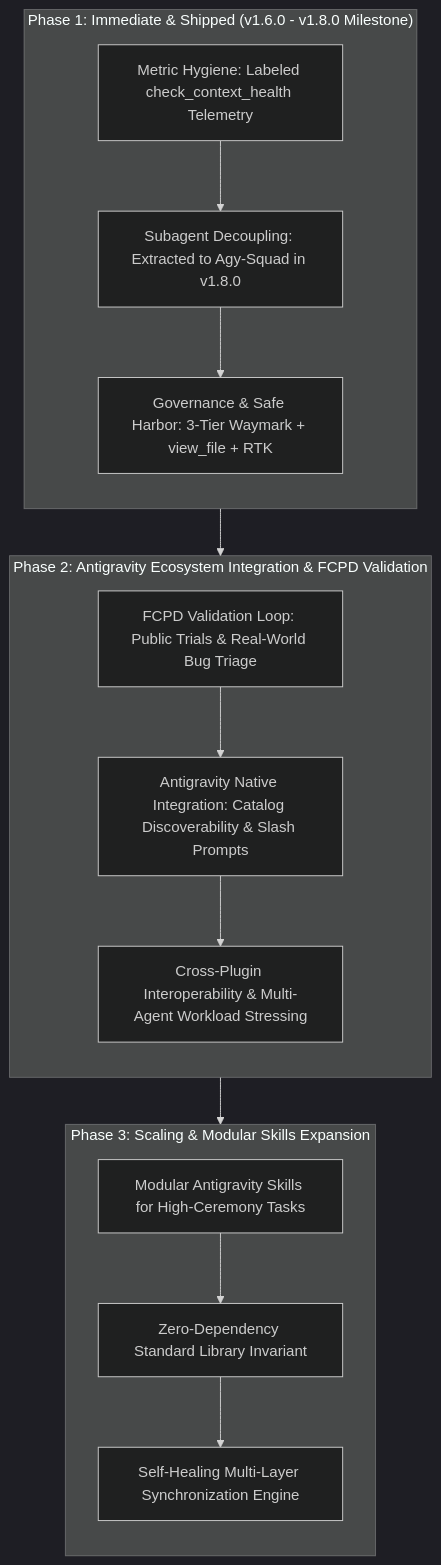
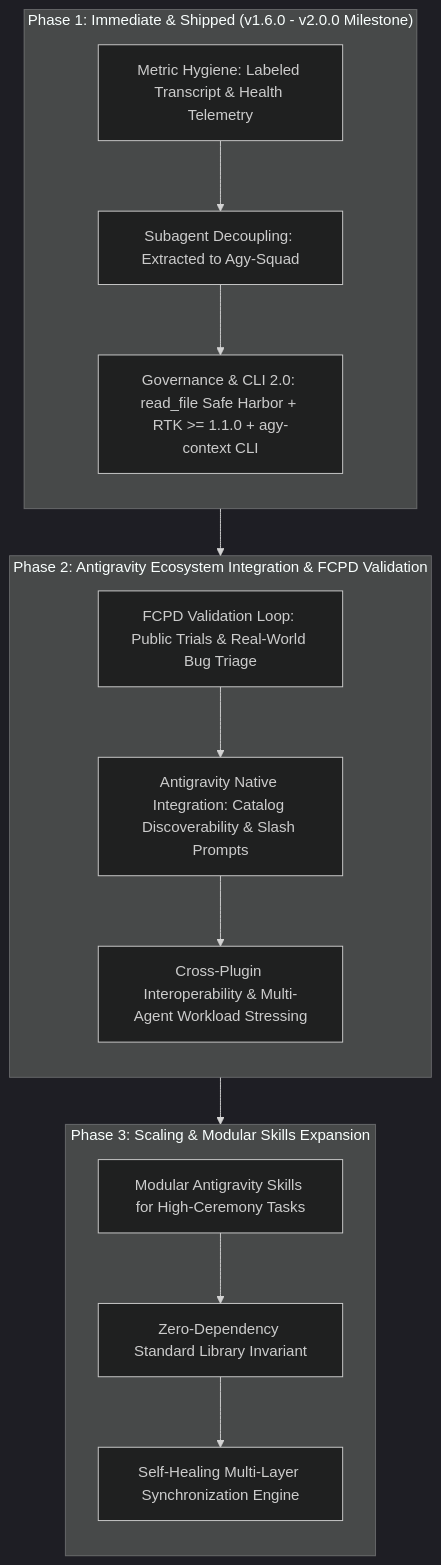
The diagram in docs/roadmap.md (paragon-ux/Agy-Context-Saver), drawn with Mermaid (dark theme) before and after one commit. The commit also changed other lines of this file and 38 other files, not shown here.

Commit message:
feat(v2.0.0): CLI-first architecture, RTK >= 1.1.0 delegation, 2.0 hook governance, and strict docs fix

````diff
--- a/docs/roadmap.md
+++ b/docs/roadmap.md
@@ -36,28 +36,28 @@
 ```mermaid
 flowchart TD
-    subgraph P1["Phase 1: Immediate & Shipped (v1.6.0 - v1.8.0 Milestone)"]
+    subgraph P1["Phase 1: Immediate & Shipped (v1.6.0 - v2.0.0 Milestone)"]
         direction TB
-        P1_A["Metric Hygiene: Labeled check_context_health Telemetry"]
-        P1_B["Subagent Decoupling: Extracted to Agy-Squad in v1.8.0"]
-        P1_C["Governance & Safe Harbor: 3-Tier Waymark + view_file + RTK"]
+        P1_A["Metric Hygiene: Labeled Transcript & Health Telemetry"]
+        P1_B["Subagent Decoupling: Extracted to Agy-Squad"]
+        P1_C["Governance & CLI 2.0: read_file Safe Harbor + RTK >= 1.1.0 + agy-context CLI"]
         P1_A --> P1_B --> P1_C
     end
 
     subgraph P2["Phase 2: Antigravity Ecosystem Integration & FCPD Validation"]
         direction TB
         P2_A["FCPD Validation Loop: Public Trials & Real-World Bug Triage"]
         P2_B["Antigravity Native Integration: Catalog Discoverability & Slash Prompts"]
         P2_C["Cross-Plugin Interoperability & Multi-Agent Workload Stressing"]
         P2_A --> P2_B --> P2_C
     end
 
     subgraph P3["Phase 3: Scaling & Modular Skills Expansion"]
         direction TB
         P3_A["Modular Antigravity Skills for High-Ceremony Tasks"]
         P3_B["Zero-Dependency Standard Library Invariant"]
         P3_C["Self-Healing Multi-Layer Synchronization Engine"]
         P3_A --> P3_B --> P3_C
     end
 
     P1 --> P2 --> P3
 ```
````
